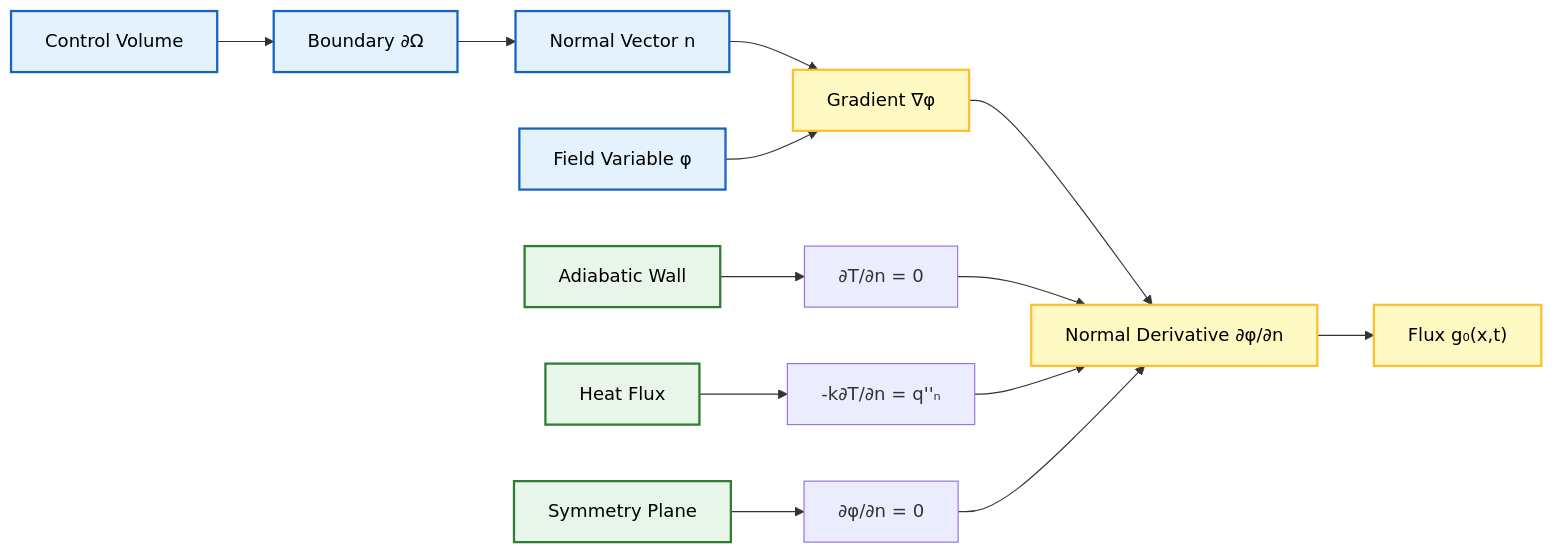
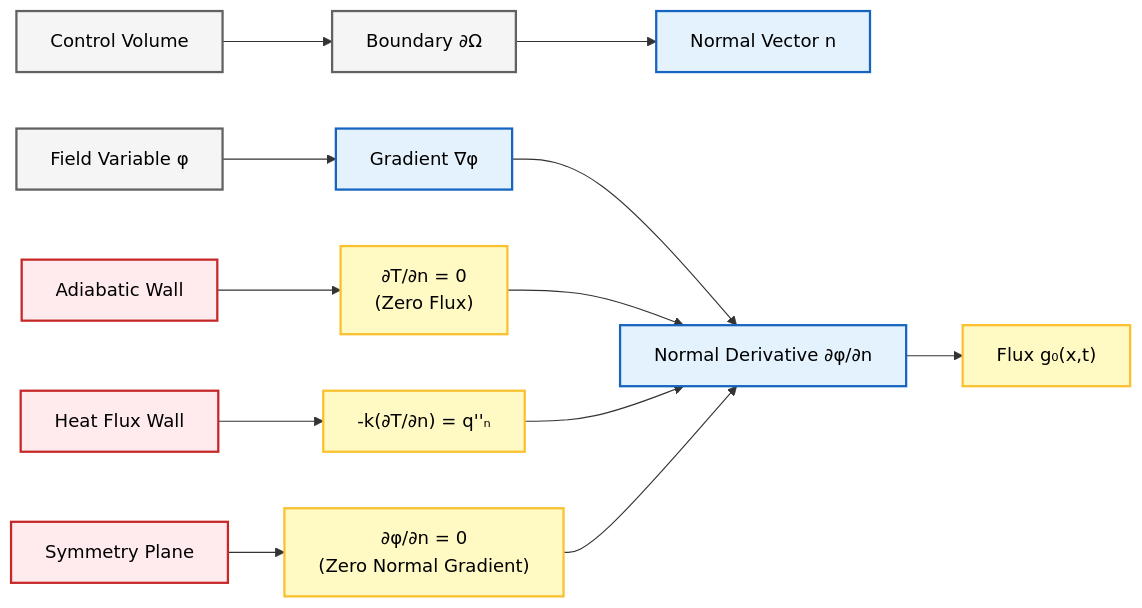
The third of 5 diagrams in MODULE_01_CFD_FUNDAMENTALS/CONTENT/03_BOUNDARY_CONDITIONS/04_Mathematical_Formulation.md (wramet/build-my-cfd), drawn with Mermaid before and after one commit. The commit also changed other lines of this file and 313 other files, not shown here.

Commit message:
Revise all diagram

````diff
--- a/MODULE_01_CFD_FUNDAMENTALS/CONTENT/03_BOUNDARY_CONDITIONS/04_Mathematical_Formulation.md
+++ b/MODULE_01_CFD_FUNDAMENTALS/CONTENT/03_BOUNDARY_CONDITIONS/04_Mathematical_Formulation.md
@@ -217,26 +206,21 @@
 ```mermaid
 graph LR
-    A["Boundary ∂Ω"] --> B["Normal Vector n"]
-    B --> C["Gradient ∇φ"]
-    C --> D["Normal Derivative ∂φ/∂n"]
-    D --> E["Flux g₀(x,t)"]
+F["Control Volume"]:::context --> A["Boundary ∂Ω"]:::context
+G["Field Variable φ"]:::context --> C["Gradient ∇φ"]:::implicit
+A --> B["Normal Vector n"]:::implicit
+C --> D["Normal Derivative ∂φ/∂n"]:::implicit
+D --> E["Flux g₀(x,t)"]:::explicit
 
-    F["Control Volume"] --> A
-    G["Field Variable φ"] --> C
+H["Adiabatic Wall"]:::volatile --> I["∂T/∂n = 0<br/>(Zero Flux)"]:::explicit
+J["Heat Flux Wall"]:::volatile --> K["-k(∂T/∂n) = q''ₙ"]:::explicit
+L["Symmetry Plane"]:::volatile --> M["∂φ/∂n = 0<br/>(Zero Normal Gradient)"]:::explicit
 
-    H["Adiabatic Wall"] --> I["∂T/∂n = 0"]
-    J["Heat Flux"] --> K["-k∂T/∂n = q''ₙ"]
-    L["Symmetry Plane"] --> M["∂φ/∂n = 0"]
+I --> D
+K --> D
+M --> D
 
-    I --> D
-    K --> D
-    M --> D
-
-    classDef process fill:#e3f2fd,stroke:#1565c0,stroke-width:2px,color:#000;
-    classDef decision fill:#fff9c4,stroke:#fbc02d,stroke-width:2px,color:#000;
-    classDef storage fill:#e8f5e9,stroke:#2e7d32,stroke-width:2px,color:#000;
-
-    class A,B,F,G process;
-    class C,D,E decision;
-    class H,J,L storage;
+classDef context fill:#f5f5f5,stroke:#616161,stroke-width:2px,color:#000;
+classDef implicit fill:#e3f2fd,stroke:#1565c0,stroke-width:2px,color:#000;
+classDef explicit fill:#fff9c4,stroke:#fbc02d,stroke-width:2px,color:#000;
+classDef volatile fill:#ffebee,stroke:#c62828,stroke-width:2px,color:#000;
 ```
````
